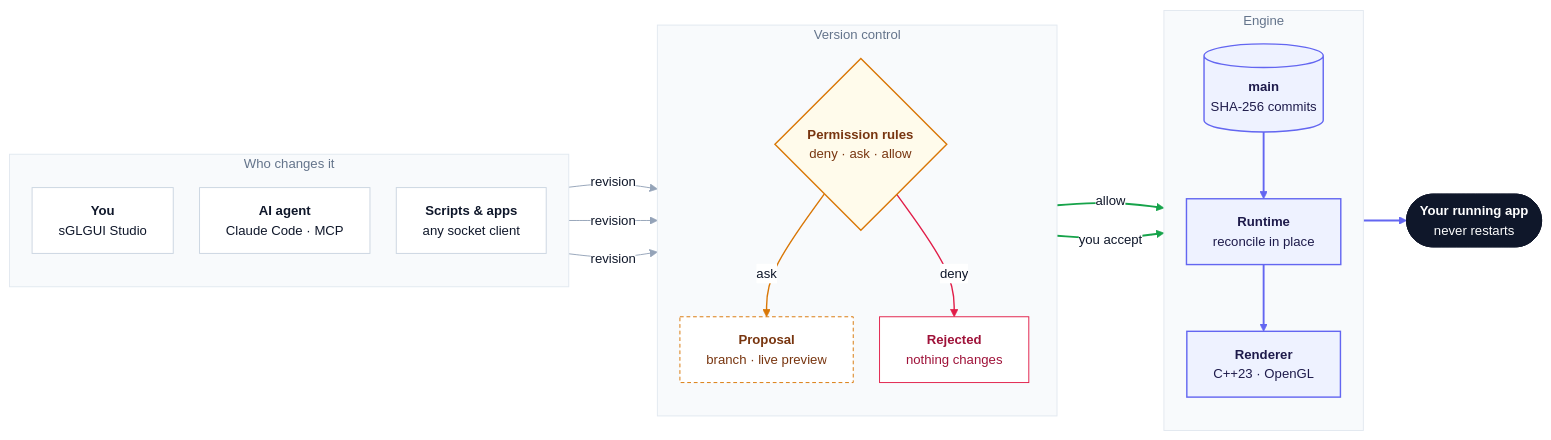
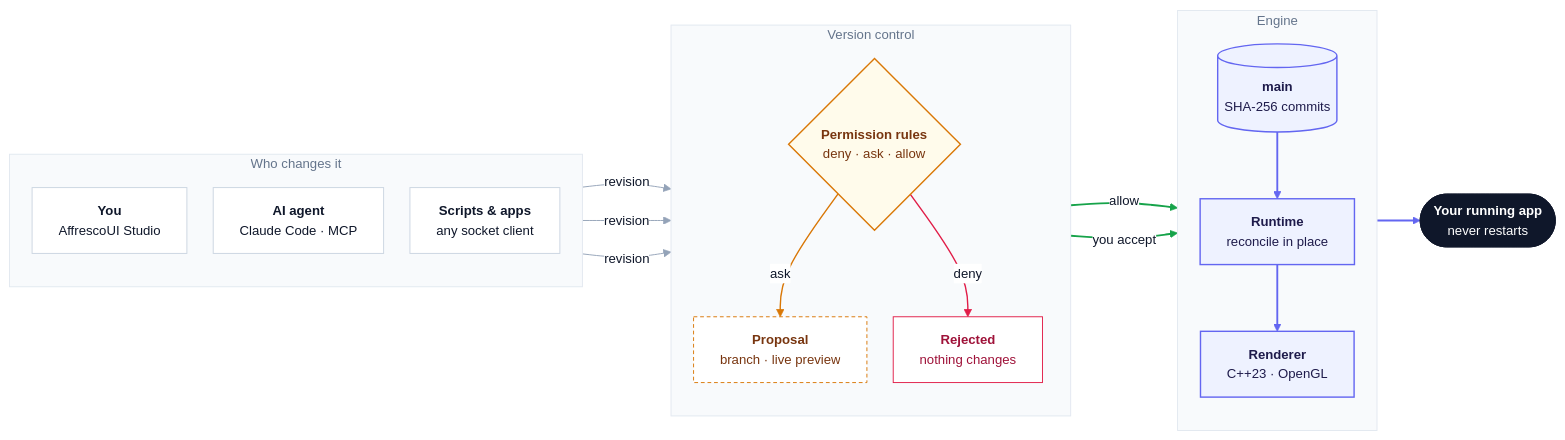
Before and after one commit to RiccardoSottini/AffrescoUI: the first of 5 diagrams in README.md, drawn with Mermaid. The commit also changed other lines of this file and 112 other files, not shown here.

First line of the commit message:
Rename sGLGUI to AffrescoUI

````diff
--- a/README.md
+++ b/README.md
@@ -97,55 +97,55 @@
 ```mermaid
 %%{init: {"theme": "base", "flowchart": {"curve": "basis", "nodeSpacing": 28, "rankSpacing": 46, "padding": 14}, "themeVariables": {"fontFamily": "Helvetica, Arial, sans-serif", "fontSize": "14px", "lineColor": "#94A3B8", "primaryTextColor": "#0F172A", "edgeLabelBackground": "#FFFFFF"}}}%%
 flowchart LR
     subgraph P["Who changes it"]
         direction TB
-        you["<b>You</b><br/>sGLGUI Studio"]
+        you["<b>You</b><br/>AffrescoUI Studio"]
         ai["<b>AI agent</b><br/>Claude Code · MCP"]
         any["<b>Scripts & apps</b><br/>any socket client"]
     end
 
     subgraph V["Version control"]
         direction TB
         rules{"<b>Permission rules</b><br/>deny · ask · allow"}
         pr["<b>Proposal</b><br/>branch · live preview"]
         no["<b>Rejected</b><br/>nothing changes"]
     end
 
     subgraph E["Engine"]
         direction TB
         main[("<b>main</b><br/>SHA-256 commits")]
         rt["<b>Runtime</b><br/>reconcile in place"]
         gl["<b>Renderer</b><br/>C++23 · OpenGL"]
     end
 
     app(["<b>Your running app</b><br/>never restarts"])
 
     you & ai & any -- "revision" --> rules
     rules -- "allow" --> main
     rules -- "ask" --> pr
     rules -- "deny" --> no
     pr -- "you accept" --> main
     main --> rt --> gl --> app
 
     classDef peer fill:#FFFFFF,stroke:#CBD5E1,stroke-width:1px,color:#0F172A
     classDef gate fill:#FFFBEB,stroke:#D97706,stroke-width:1.5px,color:#78350F
     classDef wait fill:#FFFFFF,stroke:#D97706,stroke-width:1px,stroke-dasharray:4 3,color:#78350F
     classDef stop fill:#FFFFFF,stroke:#E11D48,stroke-width:1px,color:#9F1239
     classDef core fill:#EEF2FF,stroke:#6366F1,stroke-width:1.5px,color:#1E1B4B
     classDef out fill:#0F172A,stroke:#0F172A,color:#FFFFFF
     class you,ai,any peer
     class rules gate
     class pr wait
     class no stop
     class main,rt,gl core
     class app out
     style P fill:#F8FAFC,stroke:#E2E8F0,color:#64748B
     style V fill:#F8FAFC,stroke:#E2E8F0,color:#64748B
     style E fill:#F8FAFC,stroke:#E2E8F0,color:#64748B
     linkStyle 0,1,2 stroke:#94A3B8
     linkStyle 3 stroke:#16A34A,stroke-width:2px
     linkStyle 4 stroke:#D97706,stroke-width:1.5px
     linkStyle 5 stroke:#E11D48,stroke-width:1.5px
     linkStyle 6 stroke:#16A34A,stroke-width:2px
     linkStyle 7,8,9 stroke:#6366F1,stroke-width:2px
 ```
````
